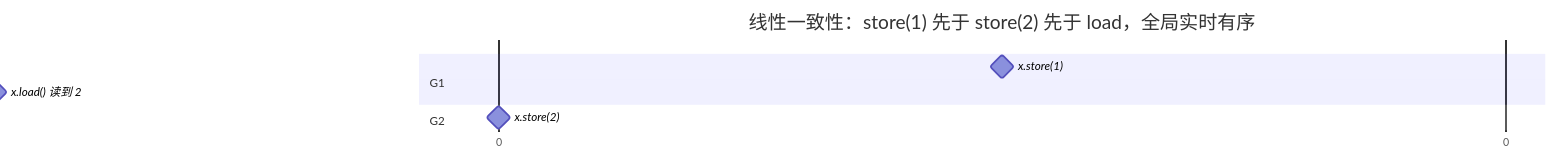
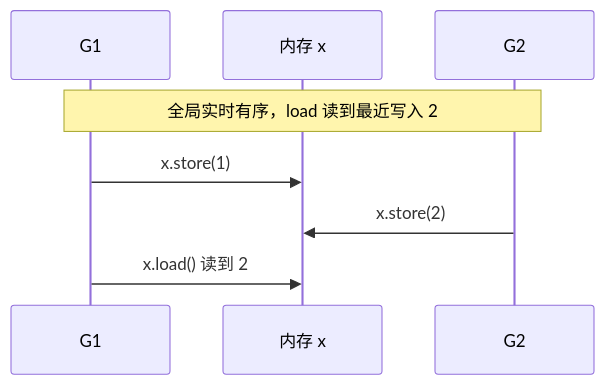
The second of 11 diagrams in book/zh-cn/part1basic/ch05sync/mem.md (golang-design/under-the-hood), drawn with Mermaid before and after one commit. The commit also changed other lines of this file and 1 other file, not shown here.

First line of the commit message:
book: replace gantt timing diagrams with sequence diagrams

````diff
--- a/book/zh-cn/part1basic/ch05sync/mem.md
+++ b/book/zh-cn/part1basic/ch05sync/mem.md
@@ -101,11 +101,10 @@
 ```mermaid
-gantt
-    title 线性一致性：store(1) 先于 store(2) 先于 load，全局实时有序
-    dateFormat X
-    axisFormat %s
-    section G1
-    x.store(1)      :milestone, 1, 0
-    x.load() 读到 2 :milestone, 3, 0
-    section G2
-    x.store(2)      :milestone, 2, 0
+sequenceDiagram
+    participant G1
+    participant X as 内存 x
+    participant G2
+    Note over G1,G2: 全局实时有序，load 读到最近写入 2
+    G1->>X: x.store(1)
+    G2->>X: x.store(2)
+    G1->>X: x.load() 读到 2
 ```
````
